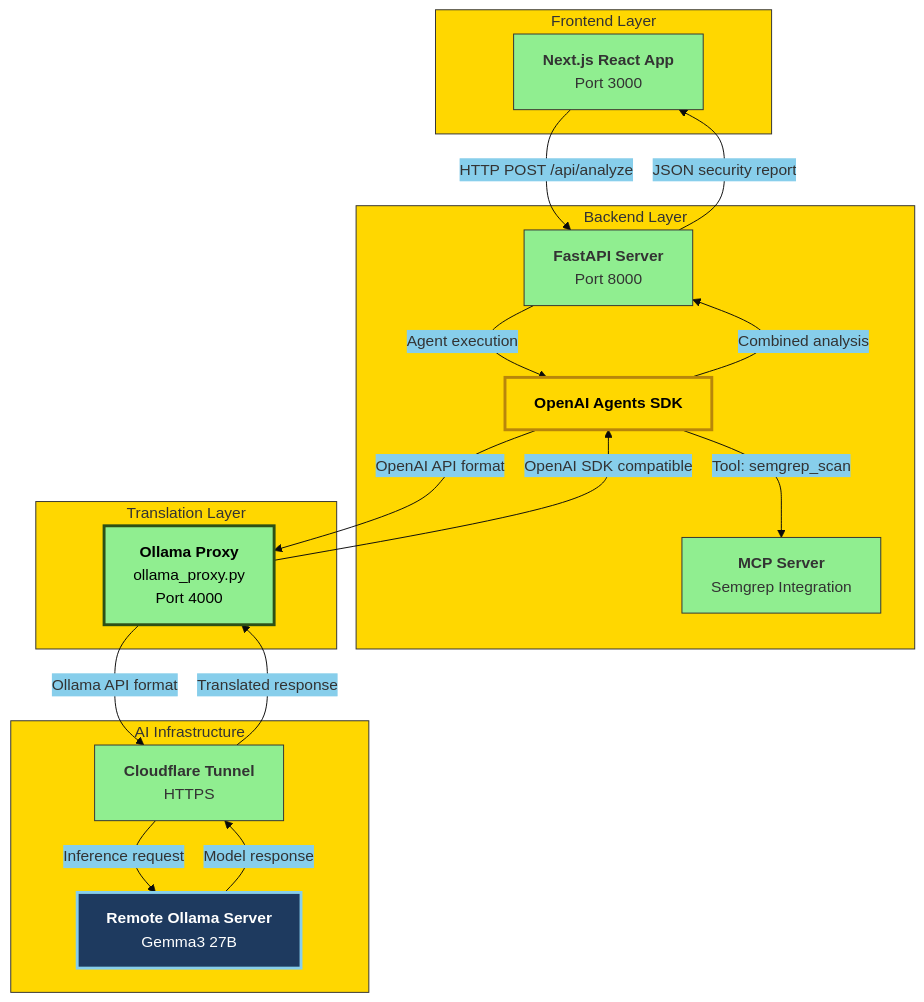
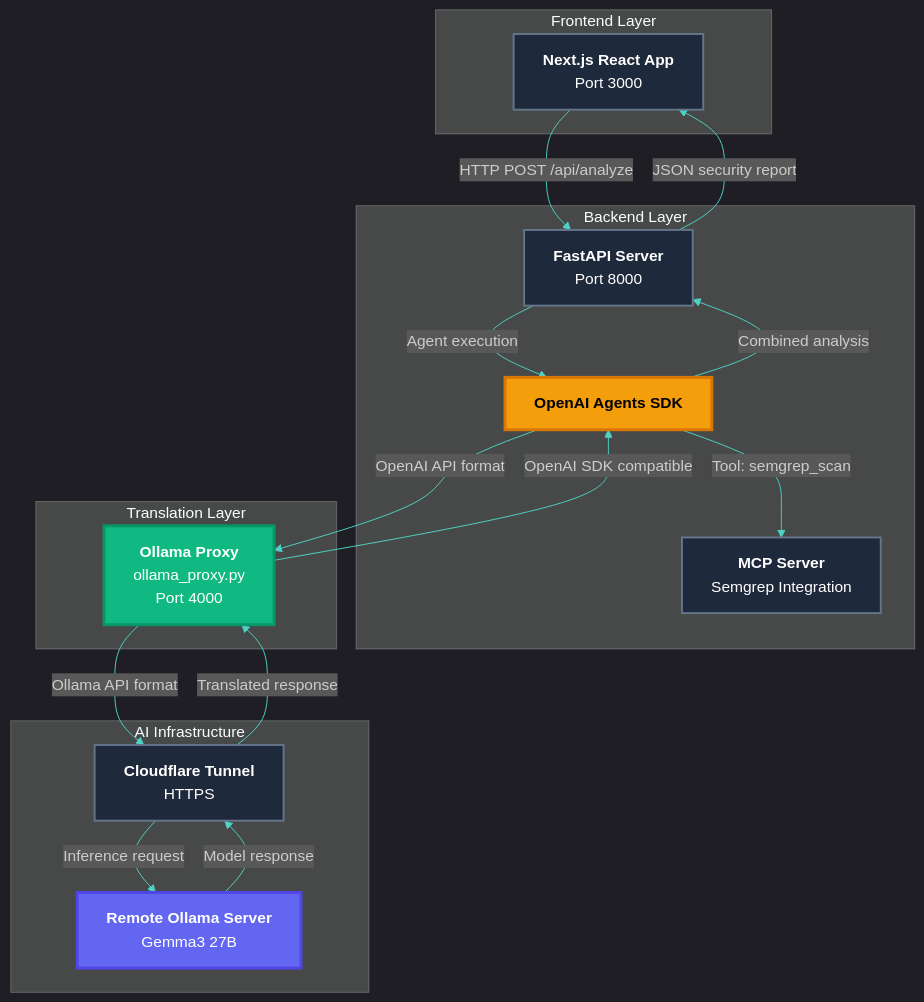
One commit to baloglu321/mlops-journey changed the diagram in week-3/day-1/cyber/README.md. Above: the diagram before and after it, drawn with Mermaid.

Commit message:
Switch to dark theme for Mermaid diagram with professional cybersecurity colors

````diff
--- a/week-3/day-1/cyber/README.md
+++ b/week-3/day-1/cyber/README.md
@@ -25,38 +25,42 @@
 ```mermaid
-%%{init: {'theme':'base', 'themeVariables': { 'primaryColor':'#90EE90','primaryTextColor':'#333','primaryBorderColor':'#333','secondaryColor':'#87CEEB','secondaryTextColor':'#333','secondaryBorderColor':'#333','tertiaryColor':'#FFD700','tertiaryTextColor':'#333','tertiaryBorderColor':'#333'}}}%%
+%%{init: {'theme':'dark', 'themeVariables': { 'primaryColor':'#1a202c','primaryTextColor':'#fff','primaryBorderColor':'#4fd1c5','lineColor':'#4fd1c5','secondaryColor':'#2d3748','secondaryTextColor':'#fff','tertiaryColor':'#553c9a','tertiaryTextColor':'#fff'}}}%%
 graph TB
     subgraph "Frontend Layer"
         A["<b>Next.js React App</b><br/>Port 3000"]
     end
     
     subgraph "Backend Layer"
         B["<b>FastAPI Server</b><br/>Port 8000"]
         C["<b>OpenAI Agents SDK</b>"]
         D["<b>MCP Server</b><br/>Semgrep Integration"]
     end
     
     subgraph "Translation Layer"
         E["<b>Ollama Proxy</b><br/>ollama_proxy.py<br/>Port 4000"]
     end
     
     subgraph "AI Infrastructure"
         F["<b>Cloudflare Tunnel</b><br/>HTTPS"]
         G["<b>Remote Ollama Server</b><br/>Gemma3 27B"]
     end
     
     A -->|HTTP POST /api/analyze| B
     B -->|Agent execution| C
     C -->|Tool: semgrep_scan| D
     C -->|OpenAI API format| E
     E -->|Ollama API format| F
     F -->|Inference request| G
     G -->|Model response| F
     F -->|Translated response| E
     E -->|OpenAI SDK compatible| C
     C -->|Combined analysis| B
     B -->|JSON security report| A
     
-    style E fill:#90EE90,stroke:#2d5016,stroke-width:3px,color:#000
-    style G fill:#1e3a5f,stroke:#87CEEB,stroke-width:3px,color:#fff
-    style C fill:#FFD700,stroke:#b8860b,stroke-width:3px,color:#000
+    style E fill:#10b981,stroke:#059669,stroke-width:3px,color:#fff
+    style G fill:#6366f1,stroke:#4f46e5,stroke-width:3px,color:#fff
+    style C fill:#f59e0b,stroke:#d97706,stroke-width:3px,color:#000
+    style A fill:#1e293b,stroke:#64748b,stroke-width:2px,color:#fff
+    style B fill:#1e293b,stroke:#64748b,stroke-width:2px,color:#fff
+    style D fill:#1e293b,stroke:#64748b,stroke-width:2px,color:#fff
+    style F fill:#1e293b,stroke:#64748b,stroke-width:2px,color:#fff
 ```
````
